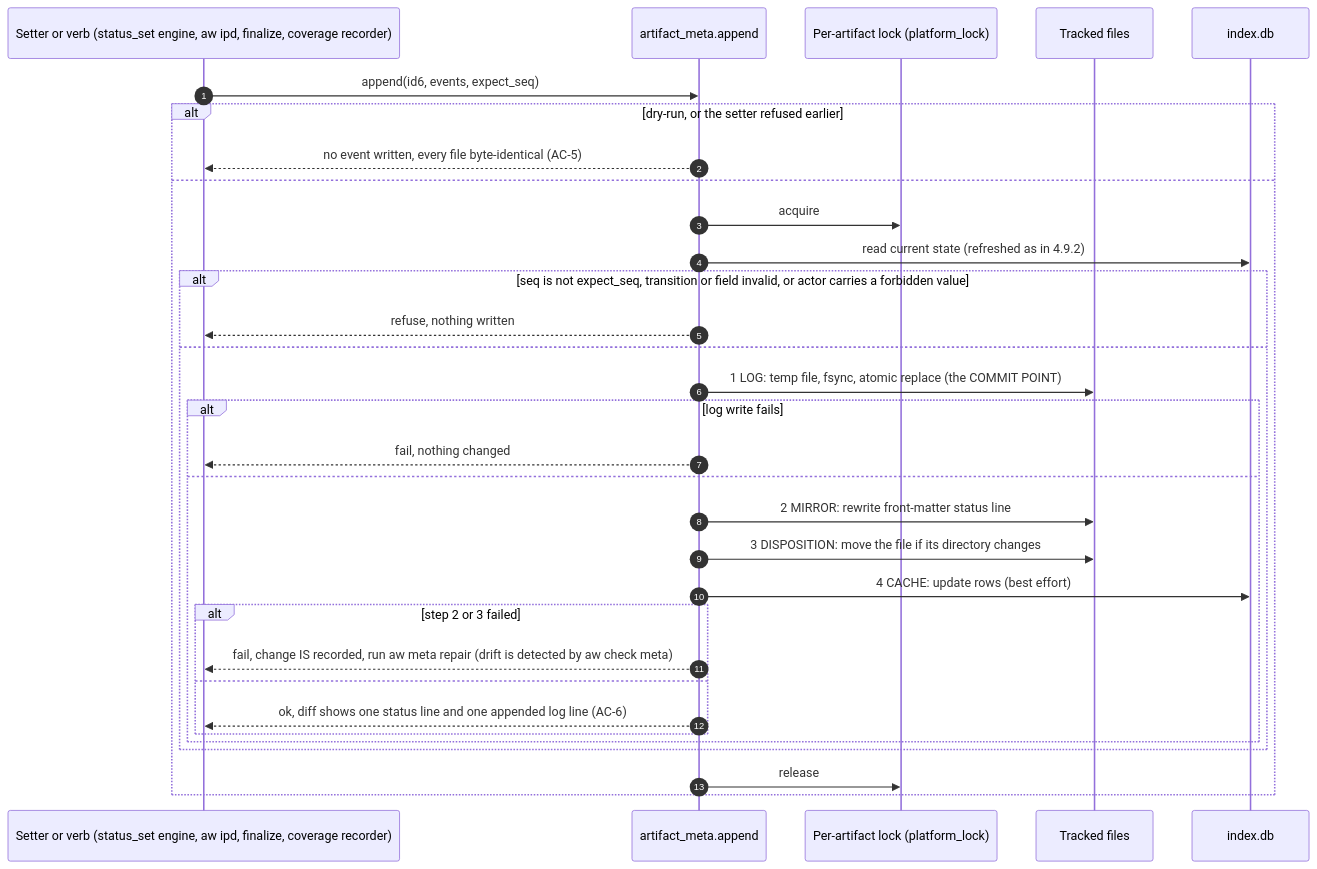
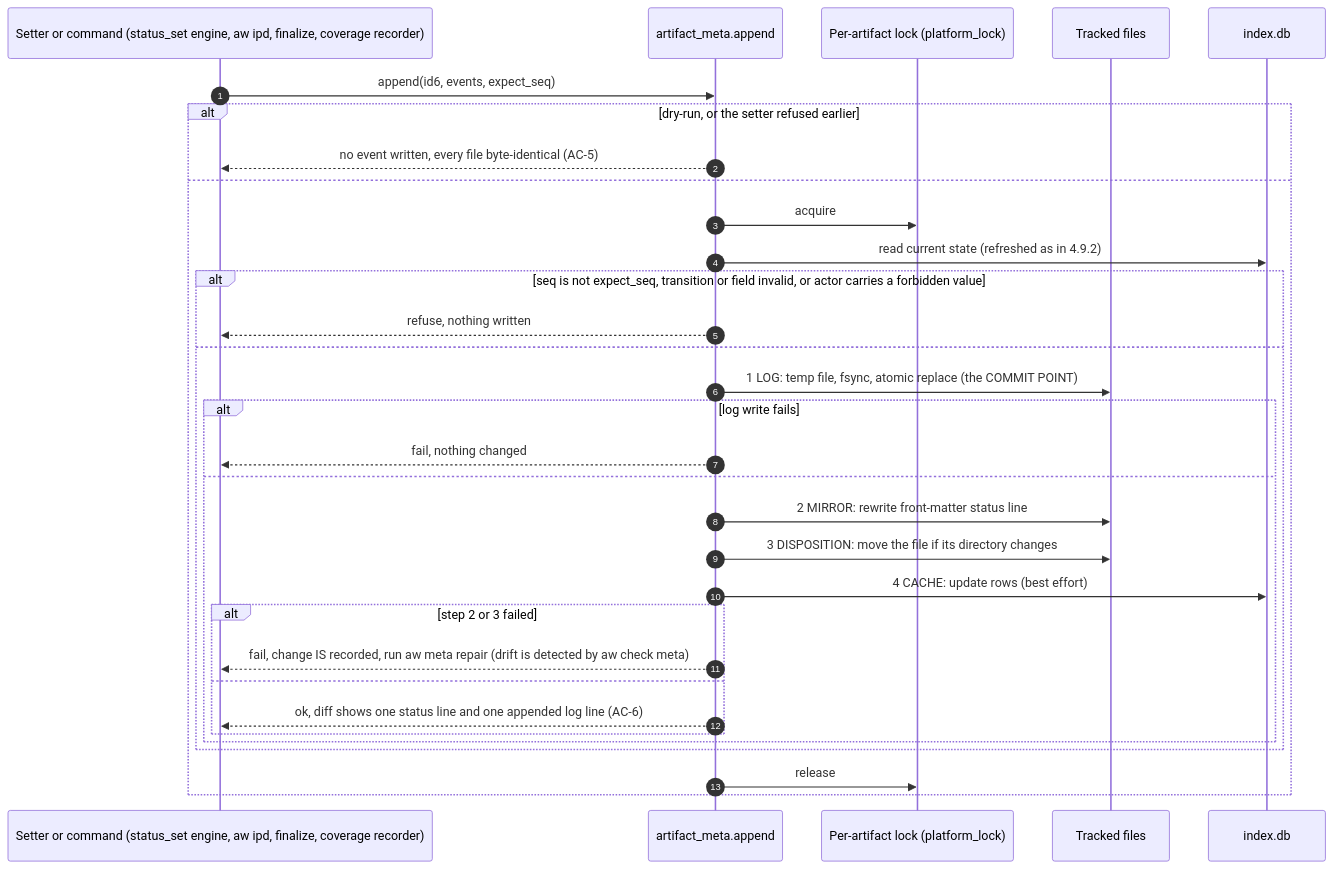
Before and after one commit to fariello/agent-workflows: the fifth of 10 diagrams in .aw/records/specs/reviewed/20260925-metastore-01-4sd62s-artifact-metadata-store.spec.md, drawn with Mermaid. The commit also changed other lines of this file, not shown here.

````diff
--- a/.aw/records/specs/reviewed/20260925-metastore-01-4sd62s-artifact-metadata-store.spec.md
+++ b/.aw/records/specs/reviewed/20260925-metastore-01-4sd62s-artifact-metadata-store.spec.md
@@ -1240,34 +1268,34 @@
 ```mermaid
 sequenceDiagram
     autonumber
-    participant S as Setter or verb (status_set engine, aw ipd, finalize, coverage recorder)
+    participant S as Setter or command (status_set engine, aw ipd, finalize, coverage recorder)
     participant M as artifact_meta.append
     participant L as Per-artifact lock (platform_lock)
     participant G as Tracked files
     participant C as index.db
     S->>M: append(id6, events, expect_seq)
     alt dry-run, or the setter refused earlier
         M-->>S: no event written, every file byte-identical (AC-5)
     else
         M->>L: acquire
         M->>C: read current state (refreshed as in 4.9.2)
         alt seq is not expect_seq, transition or field invalid, or actor carries a forbidden value
             M-->>S: refuse, nothing written
         else
             M->>G: 1 LOG: temp file, fsync, atomic replace (the COMMIT POINT)
             alt log write fails
                 M-->>S: fail, nothing changed
             else
                 M->>G: 2 MIRROR: rewrite front-matter status line
                 M->>G: 3 DISPOSITION: move the file if its directory changes
                 M->>C: 4 CACHE: update rows (best effort)
                 alt step 2 or 3 failed
                     M-->>S: fail, change IS recorded, run aw meta repair (drift is detected by aw check meta)
                 else
                     M-->>S: ok, diff shows one status line and one appended log line (AC-6)
                 end
             end
         end
         M->>L: release
     end
 ```
````
